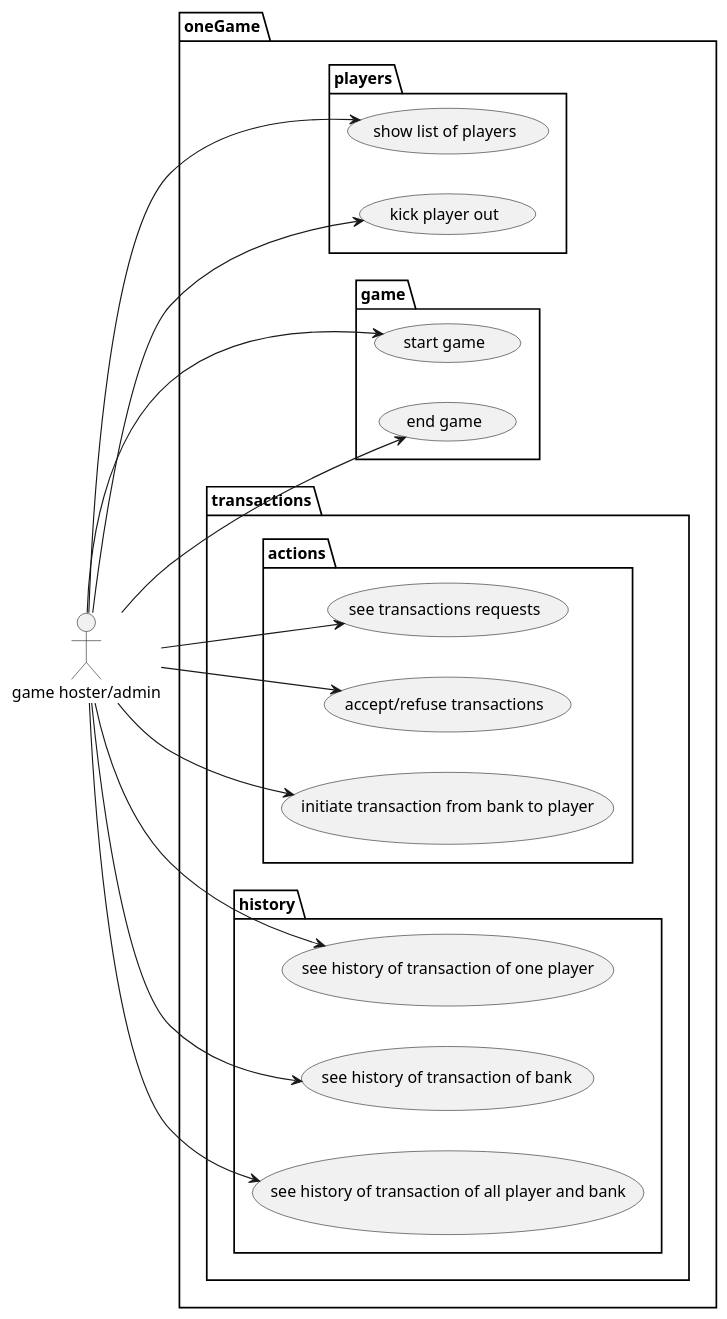
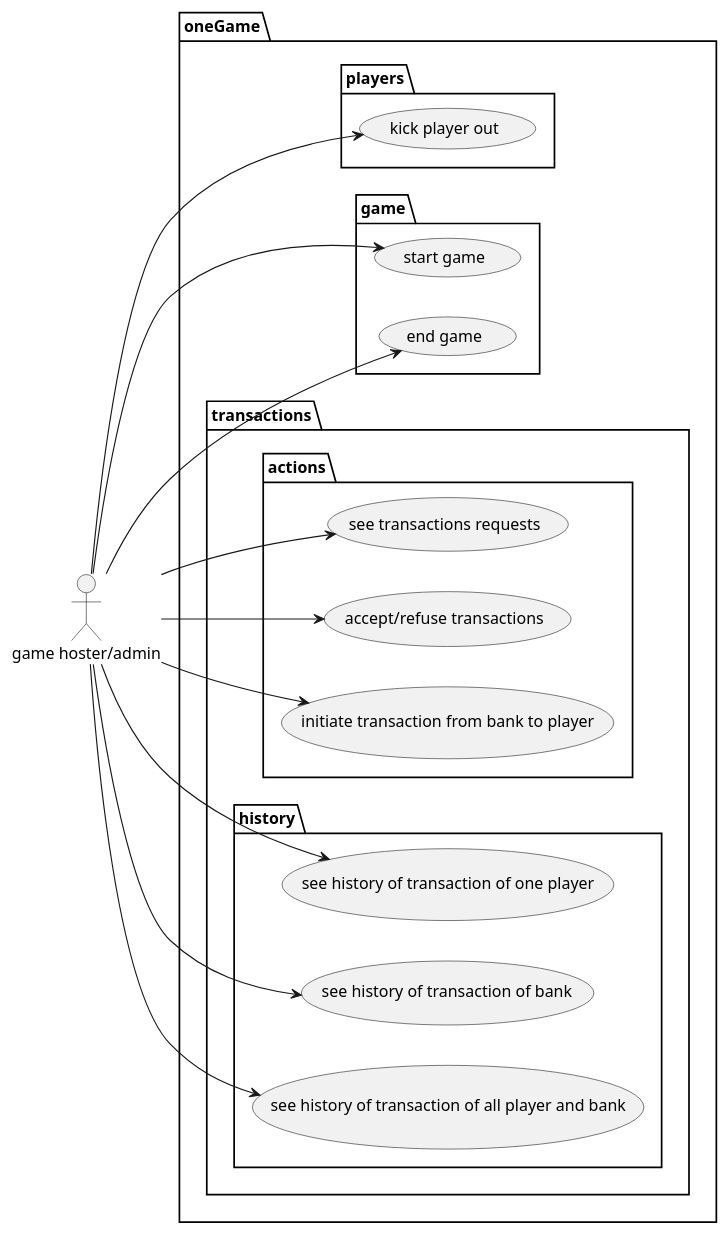
One commit to monoploy-game/design changed the diagram in UCDs/host_UCD.wsd. Above: the diagram before and after it, drawn with PlantUML.

Commit message:
deleted the show list of players usecase because the admin will be show the playlist when he host the game as guest

```diff
--- a/UCDs/host_UCD.wsd
+++ b/UCDs/host_UCD.wsd
@@ -1,49 +1,47 @@
 @startuml "Monopoly admin usecase diagram"
 
 left to right direction
 skinparam style strictuml
 
 actor "game hoster/admin" as ad
 
 package oneGame {
 
     package players {
-        usecase "show list of players" as sp
         usecase "kick player out" as kp
     }
 
     package game {
         usecase "start game" as strtg
         usecase "end game" as eg
     }
 
     package transactions {
         package actions {
             usecase "see transactions requests" as st
             usecase "accept/refuse transactions" as at
             usecase "initiate transaction from bank to player" as itgp
         }
         package history {
             usecase "see history of transaction of one player" as seeplrtr
             usecase "see history of transaction of bank" as seebnktr
             usecase "see history of transaction of all player and bank" as seealltr
         }
     }
 }
 
 ad --> kp
-ad --> sp
 
 ad --> strtg
 ad --> eg
 
 ad --> st
 ad --> at
 ad --> itgp
 
 ad --> seeplrtr
 ad --> seebnktr
 
 ad --> seealltr
 
 @enduml
```
